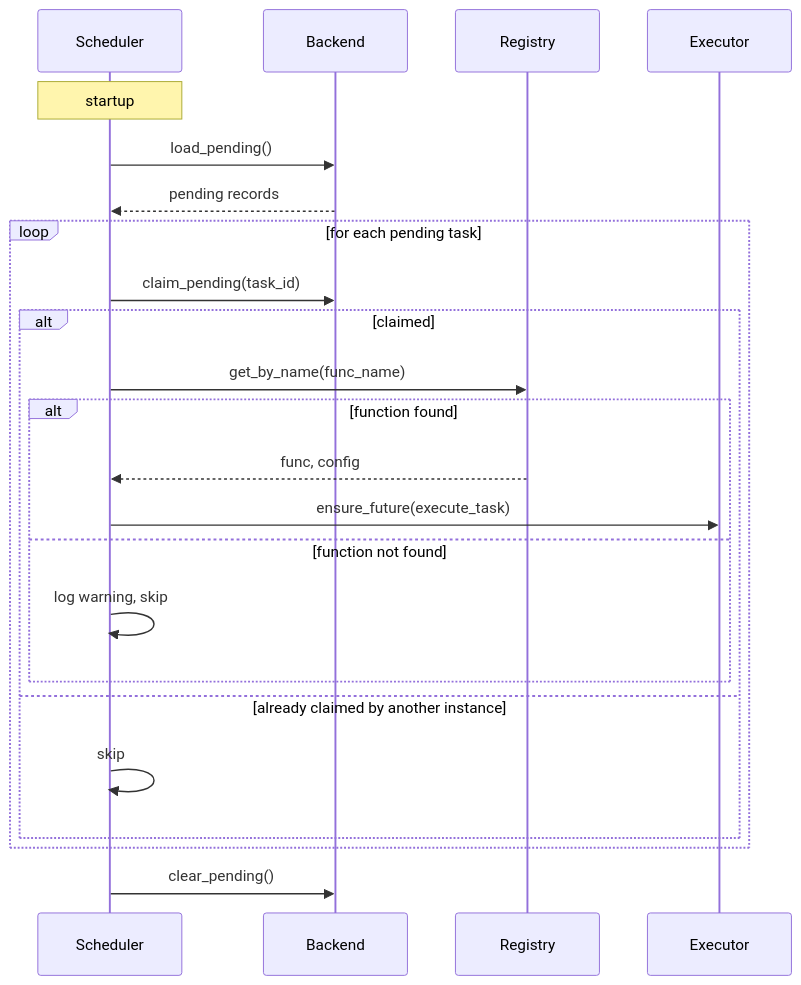
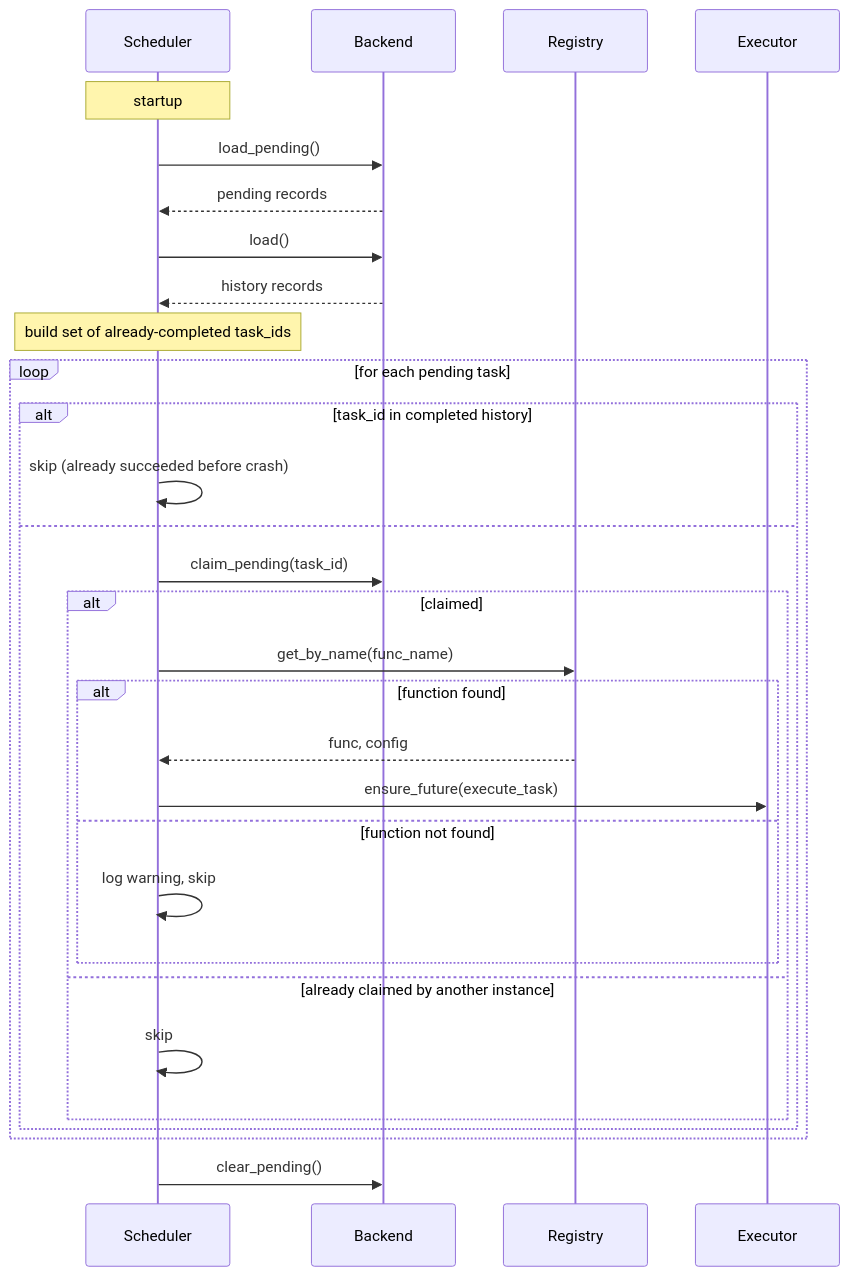
Before and after one commit to Attakay78/fastapi-taskflow: the diagram in docs/guide/requeue.md, drawn with Mermaid. The commit also changed 52 other files, not shown here.

````diff
--- a/docs/guide/requeue.md
+++ b/docs/guide/requeue.md
@@ -63,28 +63,35 @@
 ```mermaid
 sequenceDiagram
     participant Scheduler
     participant Backend
     participant Registry
     participant Executor
 
     Note over Scheduler: startup
     Scheduler->>Backend: load_pending()
     Backend-->>Scheduler: pending records
+    Scheduler->>Backend: load()
+    Backend-->>Scheduler: history records
+    Note over Scheduler: build set of already-completed task_ids
 
     loop for each pending task
-        Scheduler->>Backend: claim_pending(task_id)
-        alt claimed
-            Scheduler->>Registry: get_by_name(func_name)
-            alt function found
-                Registry-->>Scheduler: func, config
-                Scheduler->>Executor: ensure_future(execute_task)
-            else function not found
-                Scheduler->>Scheduler: log warning, skip
+        alt task_id in completed history
+            Scheduler->>Scheduler: skip (already succeeded before crash)
+        else
+            Scheduler->>Backend: claim_pending(task_id)
+            alt claimed
+                Scheduler->>Registry: get_by_name(func_name)
+                alt function found
+                    Registry-->>Scheduler: func, config
+                    Scheduler->>Executor: ensure_future(execute_task)
+                else function not found
+                    Scheduler->>Scheduler: log warning, skip
+                end
+            else already claimed by another instance
+                Scheduler->>Scheduler: skip
             end
-        else already claimed by another instance
-            Scheduler->>Scheduler: skip
         end
     end
 
     Scheduler->>Backend: clear_pending()
 ```
````
